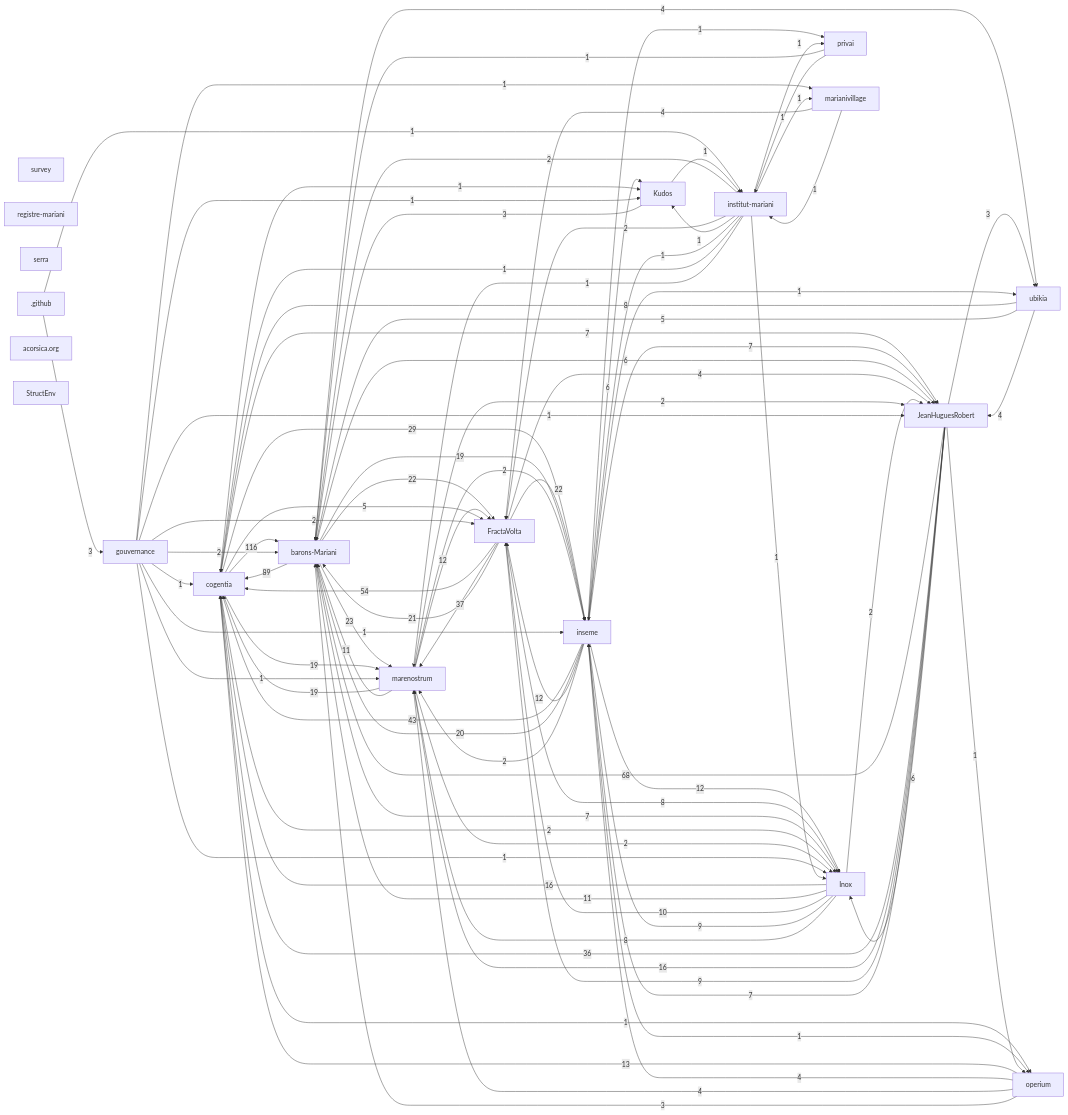
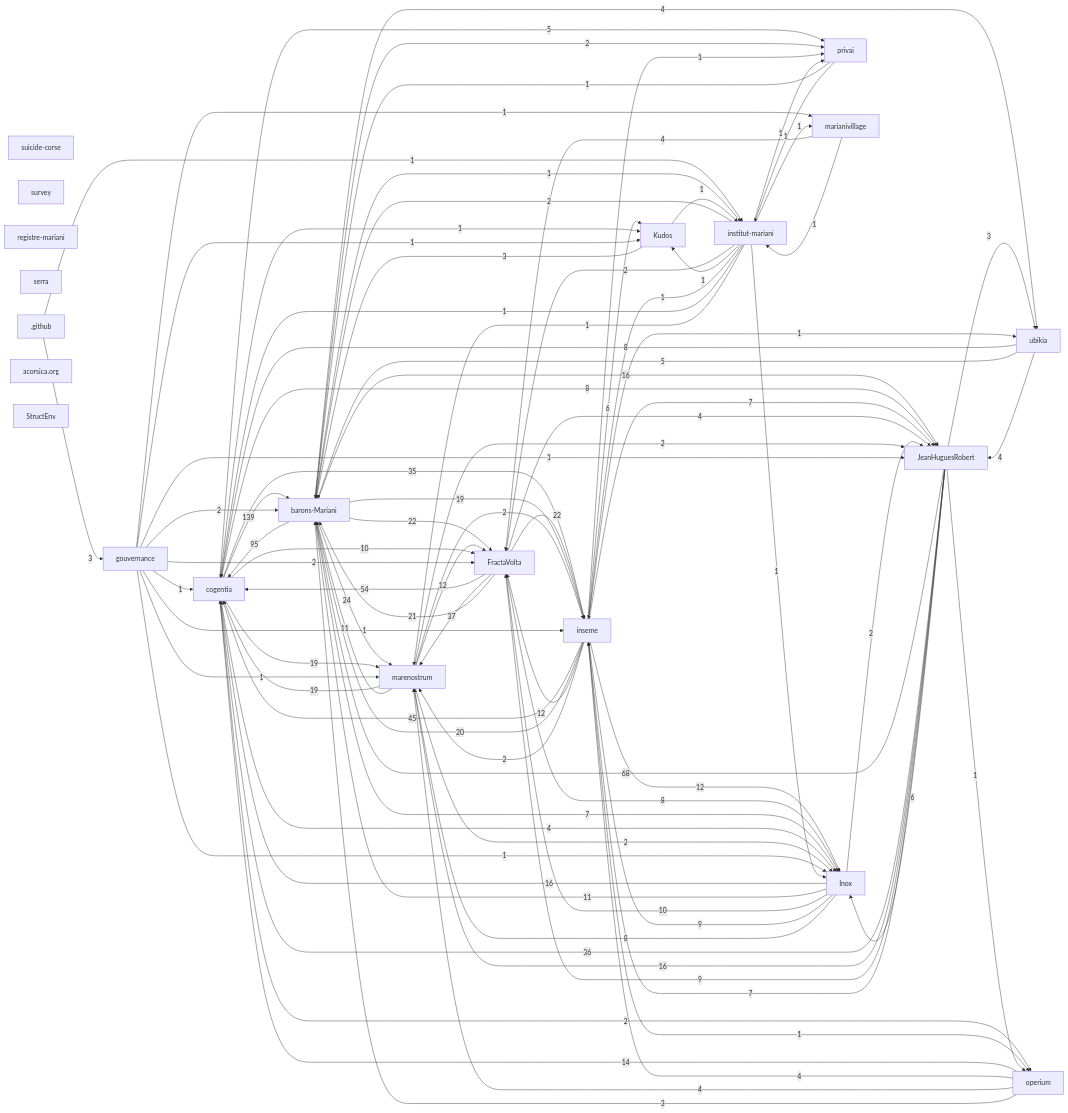
Before and after one commit to acorsica/acorsica.org: the first of 2 diagrams in research/corpus-status.md, drawn with Mermaid. The commit also changed other lines of this file, not shown here.

```diff
--- a/research/corpus-status.md
+++ b/research/corpus-status.md
@@ -55,6 +56,7 @@
   r_fractavolta["FractaVolta"]
   r_marenostrum["marenostrum"]
   r_barons_mariani["barons-Mariani"]
+  r_suicide_corse["suicide-corse"]
   r_inseme["inseme"]
   r_survey["survey"]
   r_inox["Inox"]
@@ -71,15 +73,15 @@
   r_github[".github"]
   r_acorsica_org["acorsica.org"]
   r_structenv["StructEnv"]
-  r_cogentia -->|116| r_barons_mariani
-  r_barons_mariani -->|89| r_cogentia
+  r_cogentia -->|139| r_barons_mariani
+  r_barons_mariani -->|95| r_cogentia
   r_jeanhuguesrobert -->|68| r_barons_mariani
   r_fractavolta -->|54| r_cogentia
-  r_inseme -->|43| r_cogentia
+  r_inseme -->|45| r_cogentia
   r_fractavolta -->|37| r_marenostrum
   r_jeanhuguesrobert -->|36| r_cogentia
-  r_cogentia -->|29| r_inseme
-  r_barons_mariani -->|23| r_marenostrum
+  r_cogentia -->|35| r_inseme
+  r_barons_mariani -->|24| r_marenostrum
   r_barons_mariani -->|22| r_fractavolta
   r_fractavolta -->|22| r_inseme
   r_fractavolta -->|21| r_barons_mariani
@@ -87,30 +89,32 @@
   r_barons_mariani -->|19| r_inseme
   r_cogentia -->|19| r_marenostrum
   r_marenostrum -->|19| r_cogentia
+  r_barons_mariani -->|16| r_jeanhuguesrobert
   r_inox -->|16| r_cogentia
   r_jeanhuguesrobert -->|16| r_marenostrum
-  r_operium -->|13| r_cogentia
+  r_operium -->|14| r_cogentia
   r_inseme -->|12| r_fractavolta
   r_inseme -->|12| r_inox
   r_marenostrum -->|12| r_fractavolta
   r_inox -->|11| r_barons_mariani
   r_marenostrum -->|11| r_barons_mariani
+  r_cogentia -->|10| r_fractavolta
   r_inox -->|10| r_fractavolta
   r_inox -->|9| r_inseme
   r_jeanhuguesrobert -->|9| r_fractavolta
+  r_cogentia -->|8| r_jeanhuguesrobert
   r_fractavolta -->|8| r_inox
   r_inox -->|8| r_marenostrum
   r_ubikia -->|8| r_cogentia
   r_barons_mariani -->|7| r_inox
-  r_cogentia -->|7| r_jeanhuguesrobert
   r_inseme -->|7| r_jeanhuguesrobert
   r_jeanhuguesrobert -->|7| r_inseme
-  r_barons_mariani -->|6| r_jeanhuguesrobert
   r_inseme -->|6| r_kudos
   r_jeanhuguesrobert -->|6| r_inox
-  r_cogentia -->|5| r_fractavolta
+  r_cogentia -->|5| r_privai
   r_ubikia -->|5| r_barons_mariani
   r_barons_mariani -->|4| r_ubikia
+  r_cogentia -->|4| r_inox
   r_fractavolta -->|4| r_jeanhuguesrobert
   r_marianivillage -->|4| r_fractavolta
   r_operium -->|4| r_inseme
@@ -120,7 +124,8 @@
   r_jeanhuguesrobert -->|3| r_ubikia
   r_kudos -->|3| r_barons_mariani
   r_operium -->|3| r_barons_mariani
-  r_cogentia -->|2| r_inox
+  r_barons_mariani -->|2| r_privai
+  r_cogentia -->|2| r_operium
   r_gouvernance -->|2| r_barons_mariani
   r_gouvernance -->|2| r_fractavolta
   r_inox -->|2| r_jeanhuguesrobert
@@ -131,7 +136,7 @@
   r_marenostrum -->|2| r_inseme
   r_marenostrum -->|2| r_inox
   r_github -->|1| r_institut_mariani
-  r_cogentia -->|1| r_operium
+  r_barons_mariani -->|1| r_institut_mariani
   r_cogentia -->|1| r_kudos
   r_gouvernance -->|1| r_jeanhuguesrobert
   r_gouvernance -->|1| r_cogentia
```
